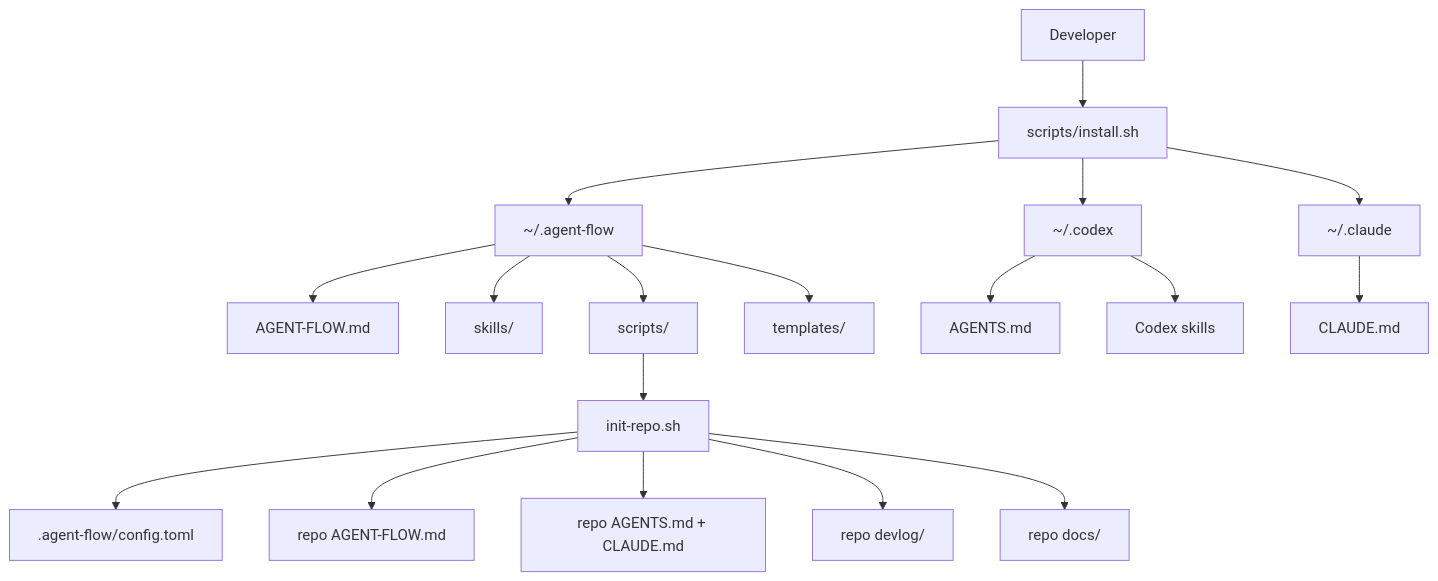
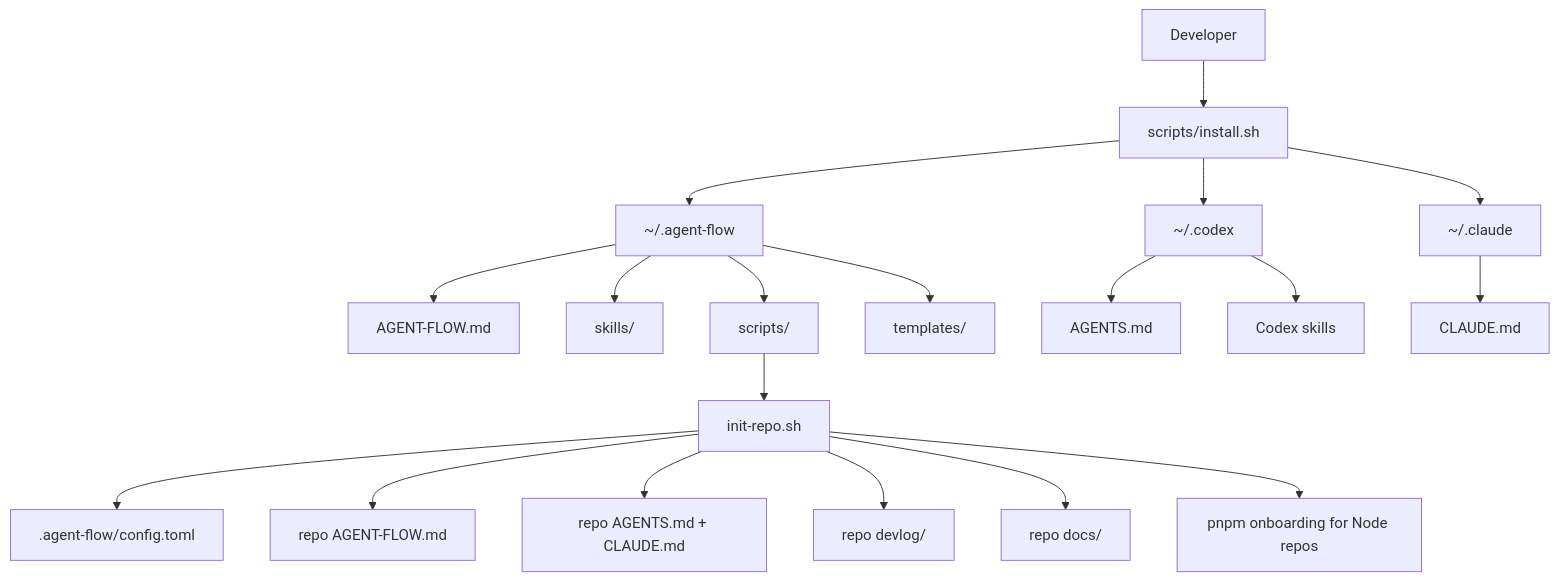
Before and after one commit to miketaheny/codex-setup: the first of 4 diagrams in docs/ARCHITECTURE.md, drawn with Mermaid. The commit also changed other lines of this file and 12 other files, not shown here.

Commit message:
chore: pnpm onboarding

````diff
--- a/docs/ARCHITECTURE.md
+++ b/docs/ARCHITECTURE.md
@@ -7,23 +7,24 @@
 ```mermaid
 flowchart TD
     User["Developer"] --> Install["scripts/install.sh"]
     Install --> AFHome["~/.agent-flow"]
     Install --> CodexHome["~/.codex"]
     Install --> ClaudeHome["~/.claude"]
 
     AFHome --> Rules["AGENT-FLOW.md"]
     AFHome --> Skills["skills/"]
     AFHome --> Scripts["scripts/"]
     AFHome --> Templates["templates/"]
 
     CodexHome --> CodexAdapter["AGENTS.md"]
     CodexHome --> CodexSkills["Codex skills"]
     ClaudeHome --> ClaudeAdapter["CLAUDE.md"]
 
     Scripts --> Init["init-repo.sh"]
     Init --> RepoConfig[".agent-flow/config.toml"]
     Init --> RepoRules["repo AGENT-FLOW.md"]
     Init --> RepoAdapters["repo AGENTS.md + CLAUDE.md"]
     Init --> RepoDevlog["repo devlog/"]
     Init --> RepoDocs["repo docs/"]
+    Init --> Pnpm["pnpm onboarding for Node repos"]
 ```
````
